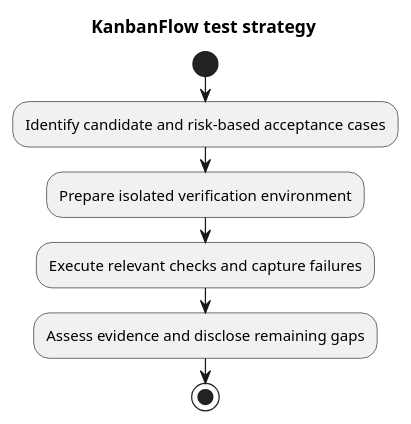
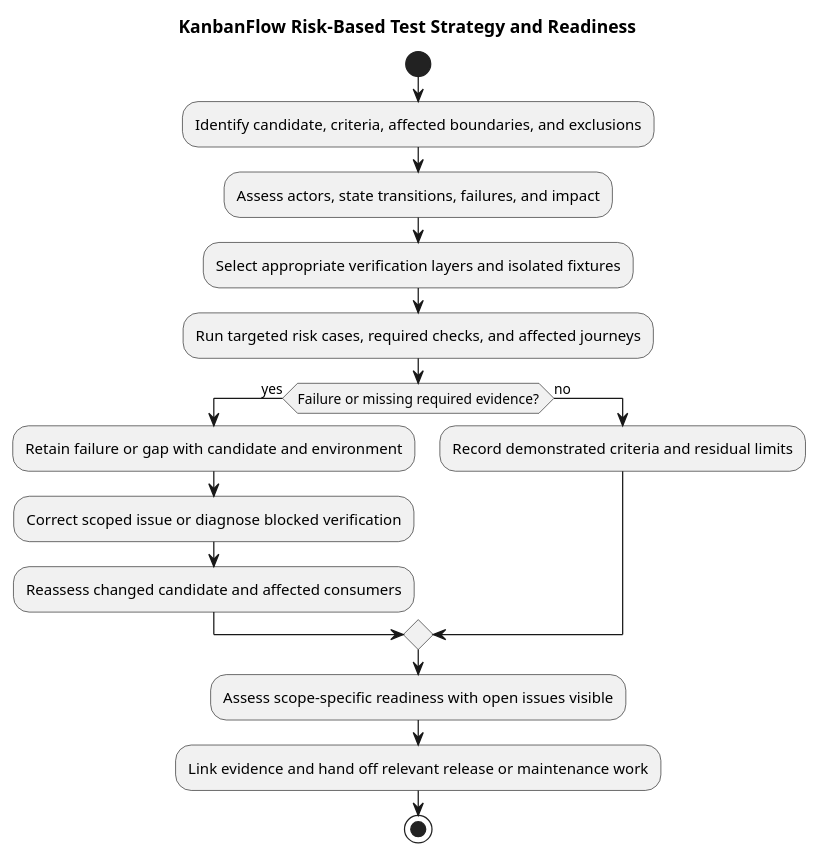
One commit to Farhad-Valizadegan/Web-KanbanFlow changed the diagram in docs/SDLC/06-testing/test-strategy.md. Above: the diagram before and after it, drawn with PlantUML. The commit also changed other lines of this file and 2 other files, not shown here.

Commit message:
docs: complete risk-based test strategy and readiness criteria

````diff
--- a/docs/SDLC/06-testing/test-strategy.md
+++ b/docs/SDLC/06-testing/test-strategy.md
@@ -36,11 +104,20 @@
 ```plantuml
 @startuml
-title KanbanFlow test strategy
+title KanbanFlow Risk-Based Test Strategy and Readiness
 start
-:Identify candidate and risk-based acceptance cases;
-:Prepare isolated verification environment;
-:Execute relevant checks and capture failures;
-:Assess evidence and disclose remaining gaps;
+:Identify candidate, criteria, affected boundaries, and exclusions;
+:Assess actors, state transitions, failures, and impact;
+:Select appropriate verification layers and isolated fixtures;
+:Run targeted risk cases, required checks, and affected journeys;
+if (Failure or missing required evidence?) then (yes)
+ :Retain failure or gap with candidate and environment;
+ :Correct scoped issue or diagnose blocked verification;
+ :Reassess changed candidate and affected consumers;
+else (no)
+ :Record demonstrated criteria and residual limits;
+endif
+:Assess scope-specific readiness with open issues visible;
+:Link evidence and hand off relevant release or maintenance work;
 stop
 @enduml
 ```
````
